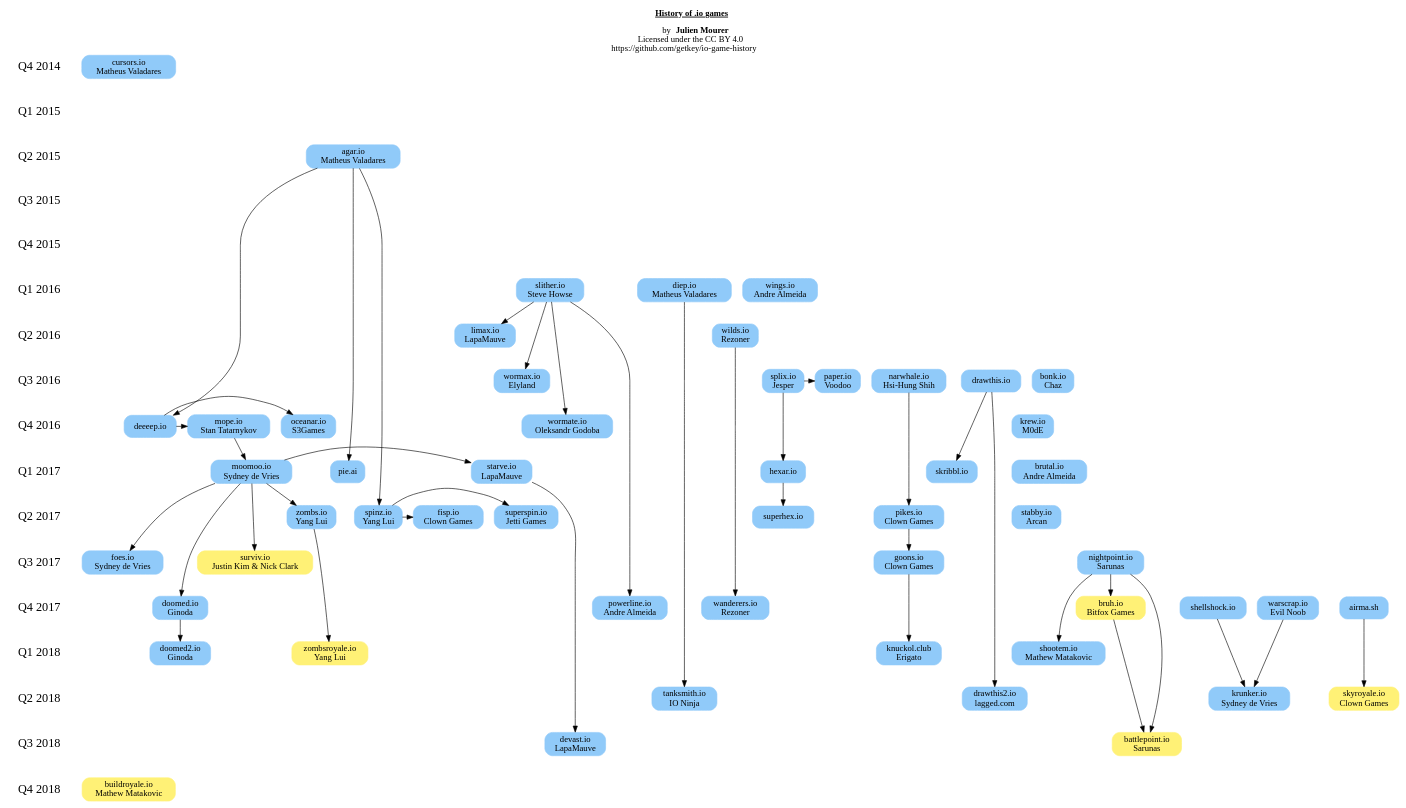
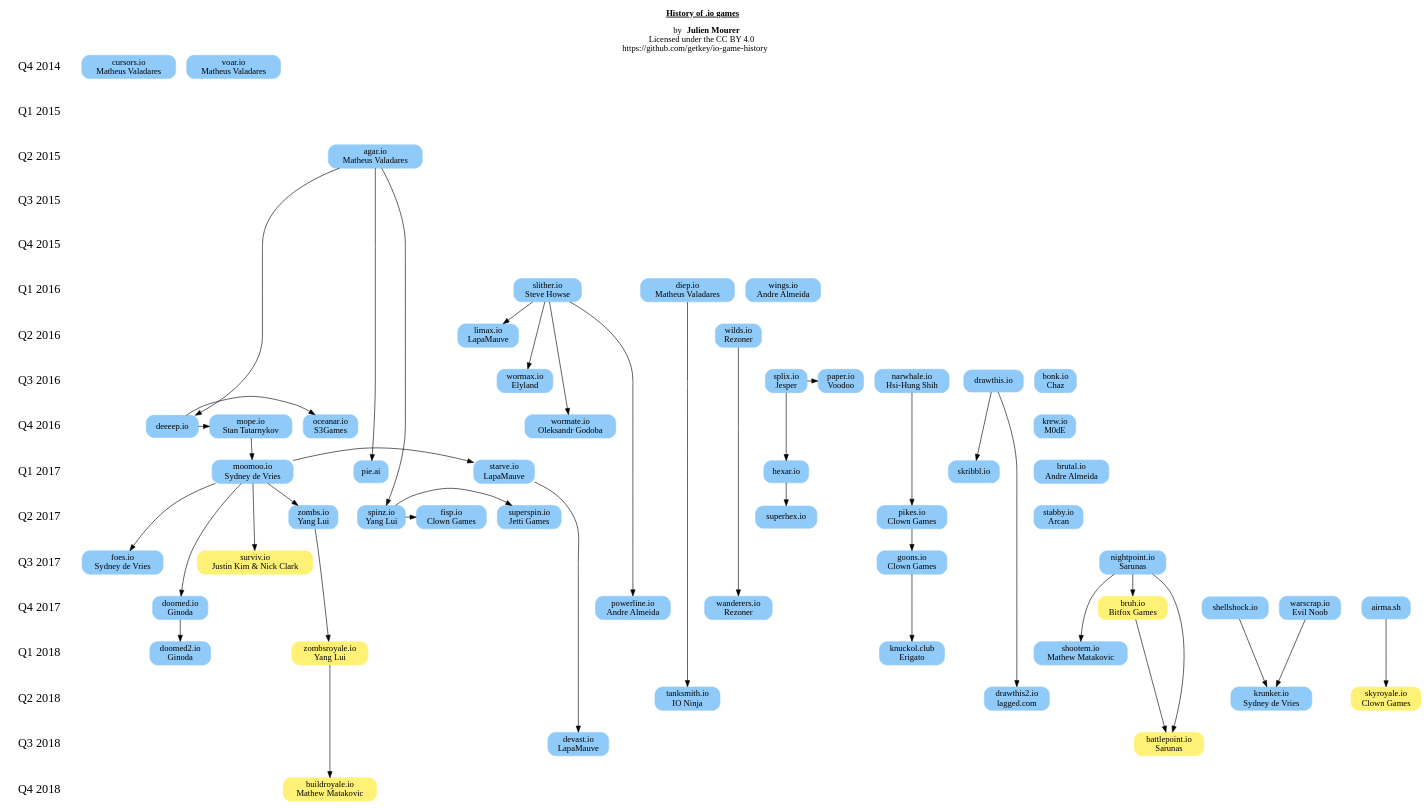
One commit to getkey/io-game-history changed the diagram in io-game-history.gv. Above: the diagram before and after it, drawn with Graphviz. The commit also changed 1 other file, not shown here.

```diff
--- a/io-game-history.gv
+++ b/io-game-history.gv
@@ -1,129 +1,130 @@
 digraph iogames {
     labelloc=t;
     label=<<u><b>History of .io games</b></u><br/><br/>by <b>Julien Mourer</b><br/>Licensed under the CC BY 4.0<br/>https://github.com/getkey/io-game-history>;
 
 	{
 		node [shape=none, color=white, fillcolor=white, fontsize=20, height=.5];
 		edge [style=invis]
 
 		{ "2014q4" [label="Q4 2014"] }
 		{ "2015q1" [label="Q1 2015"] }
 		{ "2015q2" [label="Q2 2015"] }
 		{ "2015q3" [label="Q3 2015"] }
 		{ "2015q4" [label="Q4 2015"] }
 		{ "2016q1" [label="Q1 2016"] }
 		{ "2016q2" [label="Q2 2016"] }
 		{ "2016q3" [label="Q3 2016"] }
 		{ "2016q4" [label="Q4 2016"] }
 		{ "2017q1" [label="Q1 2017"] }
 		{ "2017q2" [label="Q2 2017"] }
 		{ "2017q3" [label="Q3 2017"] }
 		{ "2017q4" [label="Q4 2017"] }
 		{ "2018q1" [label="Q1 2018"] }
 		{ "2018q2" [label="Q2 2018"] }
 		{ "2018q3" [label="Q3 2018"] }
 		{ "2018q4" [label="Q4 2018"] }
 
 		"2014q4" ->
 		"2015q1" -> "2015q2" -> "2015q3" -> "2015q4" ->
 		"2016q1" -> "2016q2" -> "2016q3" -> "2016q4" ->
 		"2017q1" -> "2017q2" -> "2017q3" -> "2017q4" ->
 		"2018q1" -> "2018q2" -> "2018q3" -> "2018q4";
 	}
 
 	{
 		node [color="#90caf9", style="rounded, filled", shape=box];
 
 		{ rank=same; "2014q4"; "cursors.io" [label="\N\nMatheus Valadares"] }
+		{ rank=same; "2014q4"; "voar.io" [label="\N\nMatheus Valadares"] }
 		{ rank=same; "2015q2"; "agar.io" [label="\N\nMatheus Valadares"] } // https://en.wikipedia.org/wiki/Agar.io
 		{ rank=same; "2016q1"; "slither.io" [label="\N\nSteve Howse"] } // https://en.wikipedia.org/wiki/Slither.io
 		{ rank=same; "2016q1"; "diep.io" [label="\N\nMatheus Valadares"] }
 		{ rank=same; "2016q1"; "wings.io" [label="\N\nAndre Almeida"] }
 		{ rank=same; "2016q2"; "limax.io" [label="\N\nLapaMauve"] }
 		{ rank=same; "2016q2"; "wilds.io" [label="\N\nRezoner"] }
 		{ rank=same; "2016q3"; "wormax.io" [label="\N\nElyland"] }
 		{ rank=same; "2016q4"; "deeeep.io" }
 		{ rank=same; "2016q4"; "oceanar.io" [label="\N\nS3Games"] }
 		{ rank=same; "2016q4"; "mope.io" [label="\N\nStan Tatarnykov"] }
 		{ rank=same; "2016q4"; "wormate.io" [label="\N\nOleksandr Godoba"] }
 		{ rank=same; "2016q3"; "paper.io" [label="\N\nVoodoo"] }
 		{ rank=same; "2016q3"; "narwhale.io" [label="\N\nHsi-Hung Shih"] }
 		{ rank=same; "2016q3"; "splix.io" [label="\N\nJesper"] }
 		{ rank=same; "2016q3"; "drawthis.io" }
 		{ rank=same; "2016q3"; "bonk.io" [label="\N\nChaz"] }
 		{ rank=same; "2016q4"; "krew.io" [label="\N\nM0dE"] }
 		{ rank=same; "2017q1"; "brutal.io" [label="\N\nAndre Almeida"] }
 		{ rank=same; "2017q1"; "hexar.io" }
 		{ rank=same; "2017q1"; "pie.ai" }
 		{ rank=same; "2017q1"; "moomoo.io" [label="\N\nSydney de Vries"] }
 		{ rank=same; "2017q1"; "starve.io" [label="\N\nLapaMauve"] }
 		{ rank=same; "2017q1"; "skribbl.io" }
 		{ rank=same; "2017q2"; "stabby.io" [label="\N\nArcan"] }
 		{ rank=same; "2017q2"; "zombs.io" [label="\N\nYang Lui"] }
 		{ rank=same; "2017q2"; "spinz.io" [label="\N\nYang Lui"] }
 		{ rank=same; "2017q2"; "superspin.io" [label="\N\nJetti Games"] }
 		{ rank=same; "2017q2"; "fisp.io" [label="\N\nClown Games"] }
 		{ rank=same; "2017q2"; "pikes.io" [label="\N\nClown Games"] }
 		{ rank=same; "2017q2"; "superhex.io" }
 		{ rank=same; "2017q3"; "goons.io" [label="\N\nClown Games"] }
 		{ rank=same; "2017q3"; "foes.io" [label="\N\nSydney de Vries"] }
 		{ rank=same; "2017q3"; "nightpoint.io" [label="\N\nSarunas"] }
 		{ rank=same; "2017q4"; "powerline.io" [label="\N\nAndre Almeida"] }
 		{ rank=same; "2017q4"; "doomed.io" [label="\N\nGinoda"] }
 		{ rank=same; "2017q4"; "wanderers.io" [label="\N\nRezoner"] }
 		{ rank=same; "2017q4"; "shellshock.io" }
 		{ rank=same; "2017q4"; "warscrap.io" [label="\N\nEvil Noob"] }
 		{ rank=same; "2017q4"; "airma.sh" }
 		{ rank=same; "2018q1"; "shootem.io" [label="\N\nMathew Matakovic"] }
 		{ rank=same; "2018q1"; "knuckol.club" [label="\N\nErigato"] }
 		{ rank=same; "2018q1"; "doomed2.io" [label="\N\nGinoda"] }
 		{ rank=same; "2018q2"; "tanksmith.io" [label="\N\nIO Ninja"] }
 		{ rank=same; "2018q2"; "drawthis2.io" [label="\N\nlagged.com"] }
 		{ rank=same; "2018q2"; "krunker.io" [label="\N\nSydney de Vries"] }
 		{ rank=same; "2018q3"; "devast.io" [label="\N\nLapaMauve"] }
 	}
 
 	{
 		/* Battle royale */
 		node [color="#fff176", style="rounded, filled", shape=box];
 
 		{ rank=same; "2017q3"; "surviv.io" [label="\N\nJustin Kim & Nick Clark"] } // https://en.wikipedia.org/wiki/Surviv.io
 		{ rank=same; "2017q4"; "bruh.io" [label="\N\nBitfox Games"] }
 		{ rank=same; "2018q1"; "zombsroyale.io" [label="\N\nYang Lui"] }
 		{ rank=same; "2018q2"; "skyroyale.io" [label="\N\nClown Games"] }
 		{ rank=same; "2018q3"; "battlepoint.io" [label="\N\nSarunas"] }
 		{ rank=same; "2018q4"; "buildroyale.io" [label="\N\nMathew Matakovic"] } // Mathew over Discord: "Build Royale was inspired by Creative Destruction"
 	}
 
 	"slither.io" -> "wormax.io";
 	"slither.io" -> "wormate.io";
 	"slither.io" -> "limax.io";
 	"slither.io" -> "powerline.io";
 	"deeeep.io" -> "oceanar.io";
 	"deeeep.io" -> "mope.io" -> "moomoo.io";
 	"moomoo.io" -> "foes.io";
 	"moomoo.io" -> "doomed.io" -> "doomed2.io";
 	"moomoo.io" -> "starve.io" -> "devast.io";
 	"moomoo.io" -> "surviv.io";
-	"moomoo.io" -> "zombs.io" -> "zombsroyale.io";
+	"moomoo.io" -> "zombs.io" -> "zombsroyale.io" -> "buildroyale.io";
 	"nightpoint.io" -> "battlepoint.io";
 	"nightpoint.io" -> "bruh.io";
 	"nightpoint.io" -> "shootem.io";
 	"bruh.io" -> "battlepoint.io";
 	"wilds.io" -> "wanderers.io";
 	"agar.io" -> "spinz.io" -> "fisp.io";
 	"spinz.io" -> "superspin.io";
 	"agar.io" -> "pie.ai";
 	"splix.io" -> "paper.io";
 	"splix.io" -> "hexar.io" -> "superhex.io";
 	"agar.io" -> "deeeep.io";
 	"diep.io" -> "tanksmith.io";
 	"warscrap.io" -> "krunker.io";
 	"shellshock.io" -> "krunker.io";
 	"drawthis.io" -> "skribbl.io";
 	"drawthis.io" -> "drawthis2.io";
 	"narwhale.io" -> "pikes.io" -> "goons.io";
 	"goons.io" -> "knuckol.club"; // confirmed to me by Erigato over Discord
 	"airma.sh" -> "skyroyale.io";
 	// Erigato says Yang tweeted that he should hop into making battle royale games like surviv, but I haven't been able to find the tweet so I'm not adding this relationship yet. It's good to know that this is probable though.
 }
```
